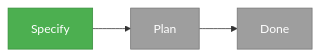
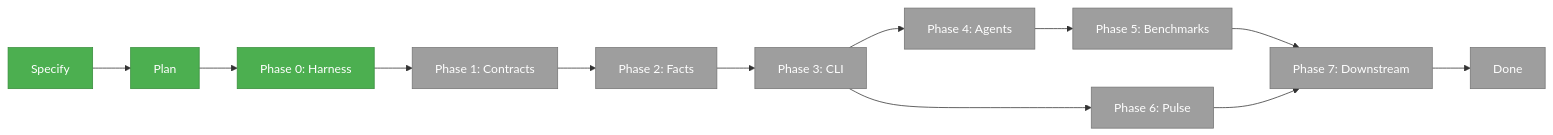
Before and after one commit to AI-Substrate/minih: the second of 2 diagrams in docs/plans/020-minih-harness-measurement/minih-harness-measurement.fltplan.md, drawn with Mermaid. The commit also changed other lines of this file and 8 other files, not shown here.

````diff
--- a/docs/plans/020-minih-harness-measurement/minih-harness-measurement.fltplan.md
+++ b/docs/plans/020-minih-harness-measurement/minih-harness-measurement.fltplan.md
@@ -98,9 +103,18 @@
 ```mermaid
 flowchart LR
     classDef done fill:#4CAF50,stroke:#388E3C,color:#fff
     classDef active fill:#FFC107,stroke:#FFA000,color:#000
     classDef ready fill:#9E9E9E,stroke:#757575,color:#fff
 
-    S[Specify]:::done --> P[Plan]:::ready
-    P --> D[Done]:::ready
+    S[Specify]:::done --> P[Plan]:::done
+    P --> P0[Phase 0: Harness]:::done
+    P0 --> P1[Phase 1: Contracts]:::ready
+    P1 --> P2[Phase 2: Facts]:::ready
+    P2 --> P3[Phase 3: CLI]:::ready
+    P3 --> P4[Phase 4: Agents]:::ready
+    P4 --> P5[Phase 5: Benchmarks]:::ready
+    P3 --> P6[Phase 6: Pulse]:::ready
+    P5 --> P7[Phase 7: Downstream]:::ready
+    P6 --> P7
+    P7 --> D[Done]:::ready
 ```
````
